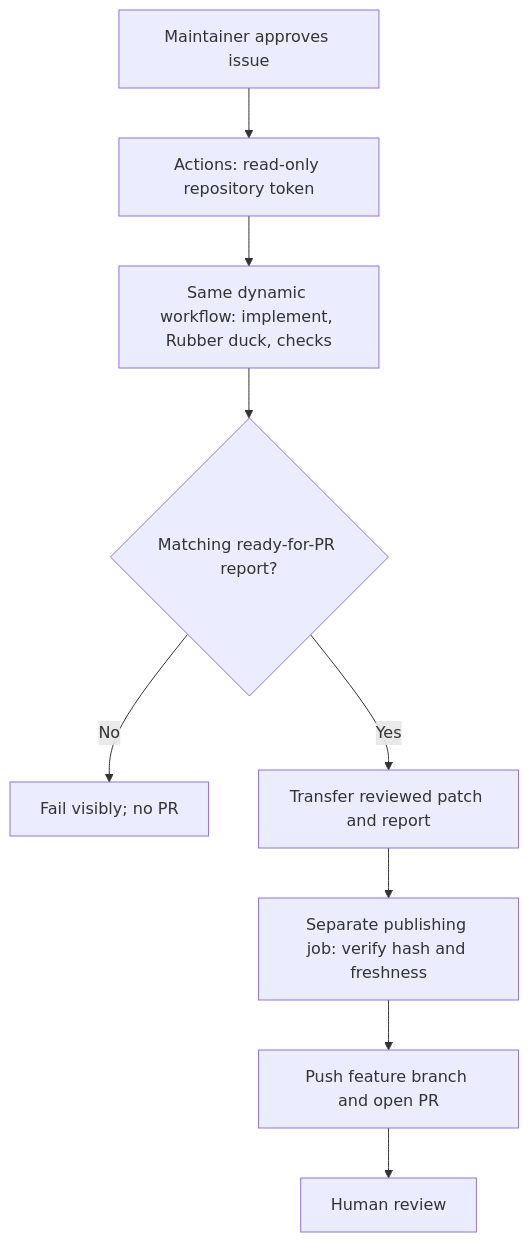
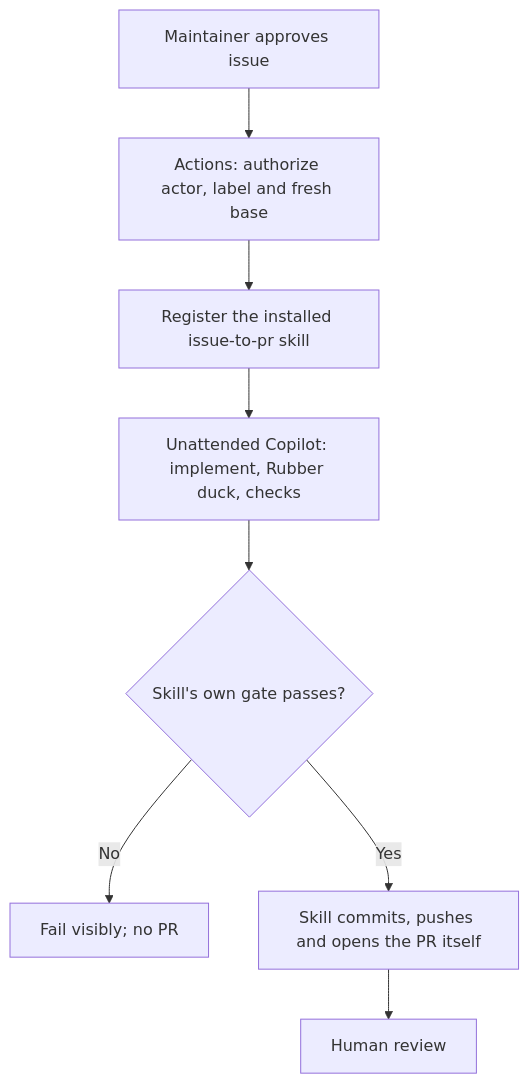
The diagram in docs/remote-automation.md (iuf26/ghcli-automation-core-from-issue-to-pr), drawn with Mermaid before and after one commit. The commit also changed other lines of this file and 3 other files, not shown here.

First line of the commit message:
Invoke Copilot CLI directly to solve issues in the Action, skip the report/patch handoff

````diff
--- a/docs/remote-automation.md
+++ b/docs/remote-automation.md
@@ -63,11 +67,10 @@
 ```mermaid
 flowchart TD
-    A[Maintainer approves issue] --> B[Actions: read-only repository token]
-    B --> C[Same dynamic workflow: implement, Rubber duck, checks]
-    C --> D{Matching ready-for-PR report?}
-    D -->|No| E[Fail visibly; no PR]
-    D -->|Yes| F[Transfer reviewed patch and report]
-    F --> G[Separate publishing job: verify hash and freshness]
-    G --> H[Push feature branch and open PR]
-    H --> I[Human review]
+    A[Maintainer approves issue] --> B[Actions: authorize actor, label and fresh base]
+    B --> C[Register the installed issue-to-pr skill]
+    C --> D[Unattended Copilot: implement, Rubber duck, checks]
+    D --> E{Skill's own gate passes?}
+    E -->|No| F[Fail visibly; no PR]
+    E -->|Yes| G[Skill commits, pushes and opens the PR itself]
+    G --> H[Human review]
 ```
````
